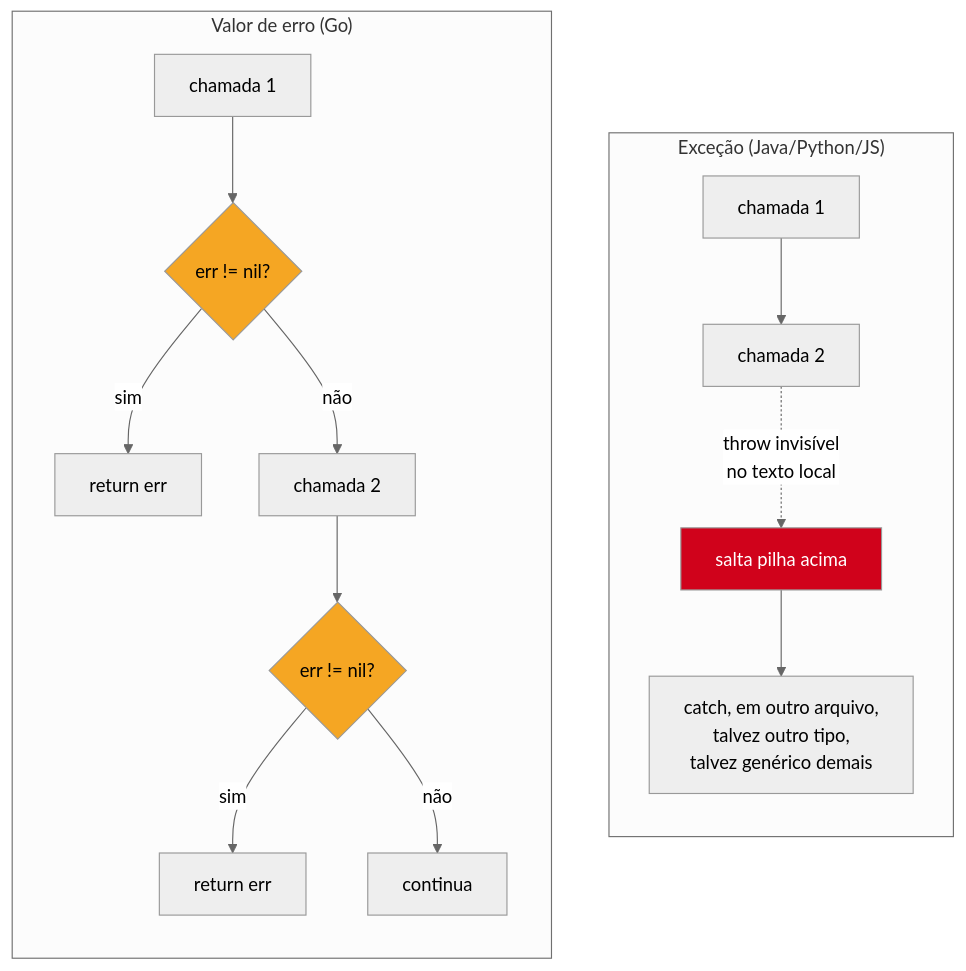
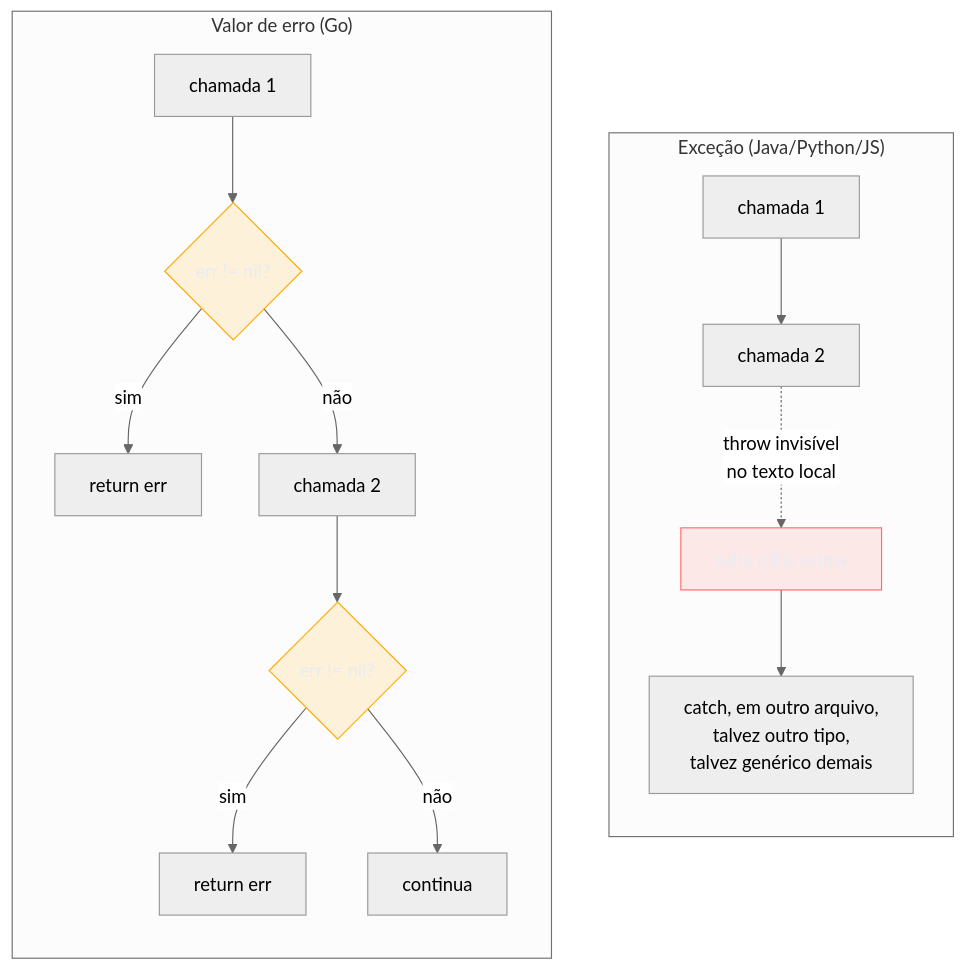
Before and after one commit to josenaldo/codex-technomanticus: the first of 3 diagrams in 03-Dominios/Tecnologia/Go/04 - Erros como valor/07 - Erros vs exceções.md, drawn with Mermaid (neutral theme). The commit also changed 1181 other files, not shown here.

First line of the commit message:
fix(diagramas): paleta do sistema no lugar de cor cravada no markdown

````diff
--- a/03-Dominios/Tecnologia/Go/04 - Erros como valor/07 - Erros vs exceções.md
+++ b/03-Dominios/Tecnologia/Go/04 - Erros como valor/07 - Erros vs exceções.md
@@ -70,22 +70,24 @@
 ```mermaid
 flowchart TB
+    classDef falha fill:#FF6B6B24,stroke:#FF6B6B,color:#E9ECF2
+    classDef destaque fill:#FFAA0024,stroke:#FFAA00,color:#E9ECF2
     subgraph EX["Exceção (Java/Python/JS)"]
         direction TB
         E1["chamada 1"] --> E2["chamada 2"]
         E2 -.->|"throw invisível\nno texto local"| E3["salta pilha acima"]
         E3 --> E4["catch, em outro arquivo,\ntalvez outro tipo,\ntalvez genérico demais"]
-        style E3 fill:#D0021B,color:#fff
+        class E3 falha
     end
 
     subgraph GO["Valor de erro (Go)"]
         direction TB
         G1["chamada 1"] --> G1C{"err != nil?"}
         G1C -->|"sim"| G1R["return err"]
         G1C -->|"não"| G2["chamada 2"]
         G2 --> G2C{"err != nil?"}
         G2C -->|"sim"| G2R["return err"]
         G2C -->|"não"| G3["continua"]
-        style G1C fill:#F5A623,color:#000
-        style G2C fill:#F5A623,color:#000
+        class G1C destaque
+        class G2C destaque
     end
 ```
````
